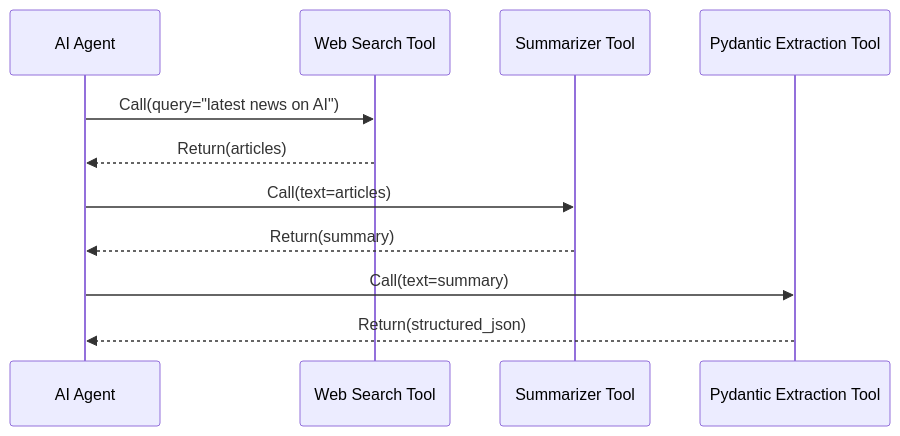
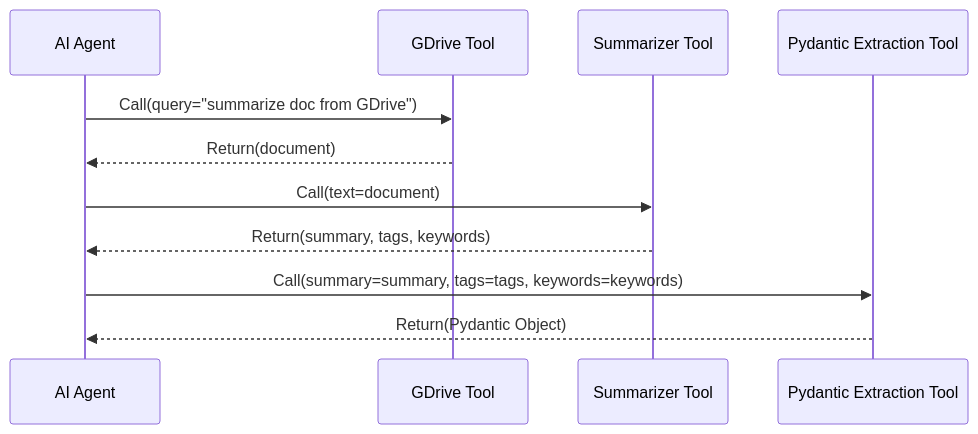
The second of 3 diagrams in lessons/06_tools/article.md (towardsai/agentic-ai-engineering-course), drawn with Mermaid before and after one commit. The commit also changed 1 other file, not shown here.

Commit message:
feat: Tweak L6

````diff
--- a/lessons/06_tools/article.md
+++ b/lessons/06_tools/article.md
@@ -657,14 +657,14 @@
 ```mermaid
 sequenceDiagram
     participant Agent as AI Agent
-    participant Tool1 as Web Search Tool
+    participant Tool1 as GDrive Tool
     participant Tool2 as Summarizer Tool
     participant PydanticTool as Pydantic Extraction Tool
-    
-    Agent->>Tool1: Call(query="latest news on AI")
-    Tool1-->>Agent: Return(articles)
-    Agent->>Tool2: Call(text=articles)
-    Tool2-->>Agent: Return(summary)
-    Agent->>PydanticTool: Call(text=summary)
-    PydanticTool-->>Agent: Return(structured_json)
+
+    Agent->>Tool1: Call(query="summarize doc from GDrive")
+    Tool1-->>Agent: Return(document)
+    Agent->>Tool2: Call(text=document)
+    Tool2-->>Agent: Return(summary, tags, keywords)
+    Agent->>PydanticTool: Call(summary=summary, tags=tags, keywords=keywords)
+    PydanticTool-->>Agent: Return(Pydantic Object)
 ```
````
